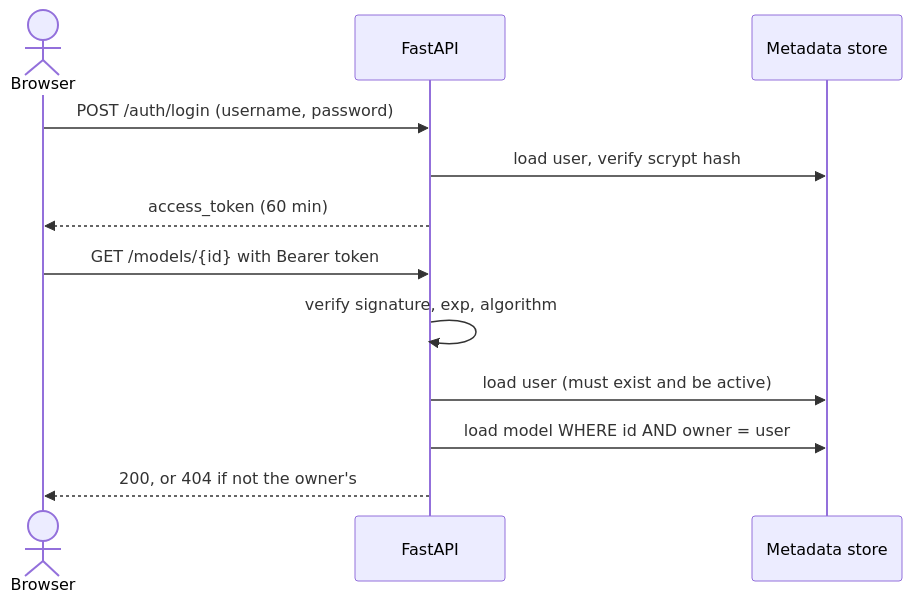
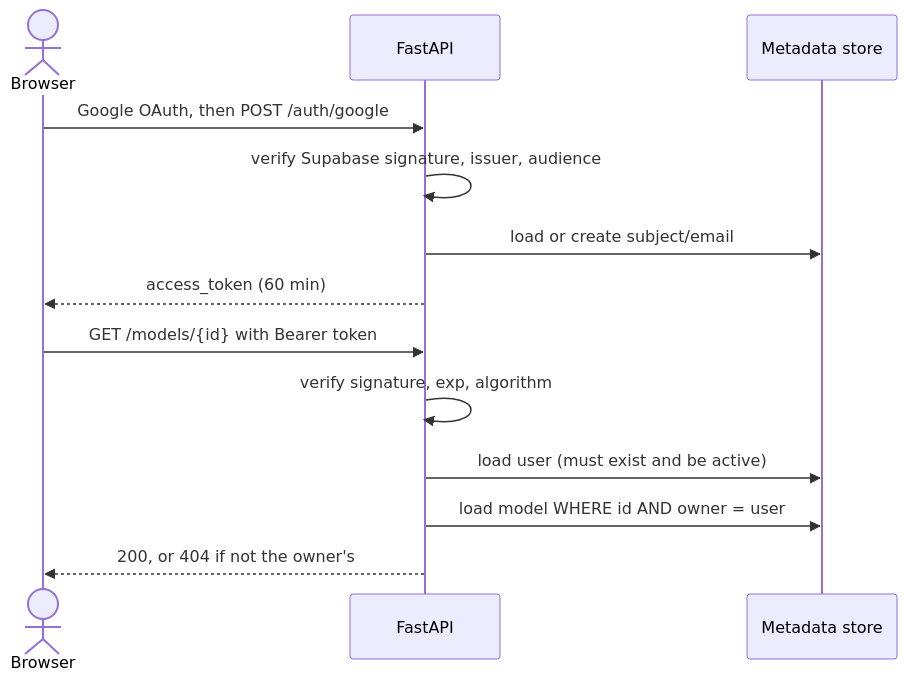
Before and after one commit to ChamathDilshanC/AutoML-Lab-Automated-Model-Training-Pipeline: the fourth of 4 diagrams in docs/ARCHITECTURE.md, drawn with Mermaid. The commit also changed other lines of this file and 31 other files, not shown here.

````diff
--- a/docs/ARCHITECTURE.md
+++ b/docs/ARCHITECTURE.md
@@ -234,14 +239,15 @@
 ```mermaid
 sequenceDiagram
     actor U as Browser
     participant API as FastAPI
     participant DB as Metadata store
-    U->>API: POST /auth/login (username, password)
-    API->>DB: load user, verify scrypt hash
+    U->>API: Google OAuth, then POST /auth/google
+    API->>API: verify Supabase signature, issuer, audience
+    API->>DB: load or create subject/email
     API-->>U: access_token (60 min)
     U->>API: GET /models/{id} with Bearer token
     API->>API: verify signature, exp, algorithm
     API->>DB: load user (must exist and be active)
     API->>DB: load model WHERE id AND owner = user
     API-->>U: 200, or 404 if not the owner's
 ```
````
